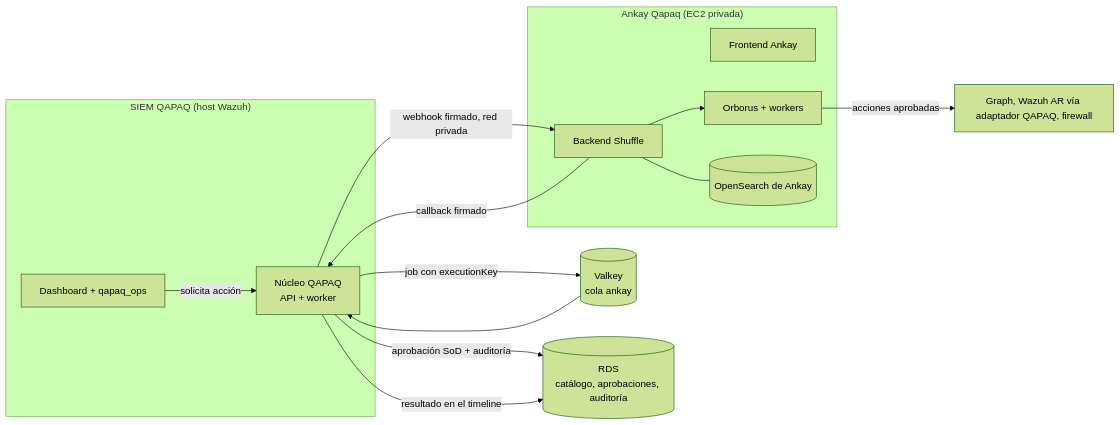
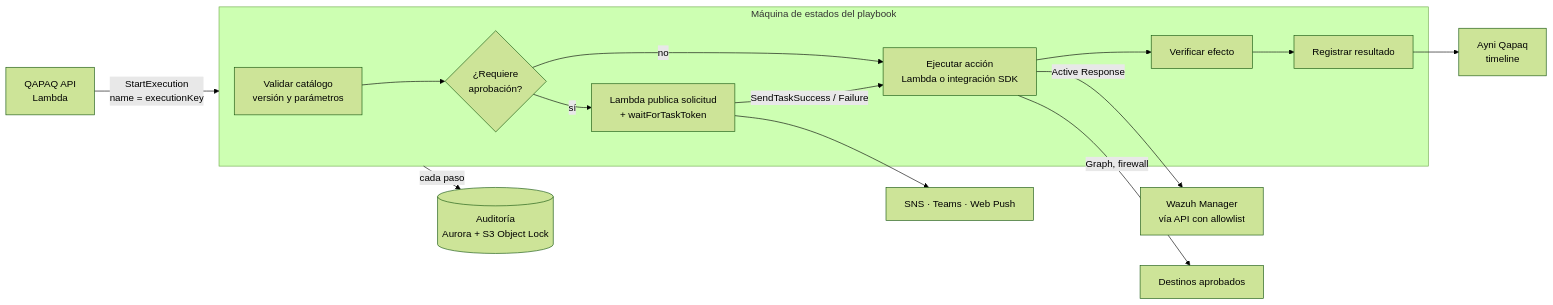
The diagram in docs/13-ankay-qapaq.md (CyberStill-GmbH/qapaq-secops), drawn with Mermaid (forest theme) before and after one commit. The commit also changed other lines of this file and 1162 other files, not shown here.

First line of the commit message:
feat: sync QAPAQ SecOps with everything built in b89-secops (2026-11-02 .. 2026-11-16)

````diff
--- a/docs/13-ankay-qapaq.md
+++ b/docs/13-ankay-qapaq.md
@@ -69,25 +31,17 @@
 ```mermaid
 flowchart LR
-  subgraph SIEM["SIEM QAPAQ (host Wazuh)"]
-    DSB[Dashboard + qapaq_ops]
-    CORE[Núcleo QAPAQ<br/>API + worker]
+  API[QAPAQ API<br/>Lambda] -->|StartExecution<br/>name = executionKey| SM
+  subgraph SM["Máquina de estados del playbook"]
+    V[Validar catálogo<br/>versión y parámetros] --> P{¿Requiere<br/>aprobación?}
+    P -->|sí| W[Lambda publica solicitud<br/>+ waitForTaskToken]
+    W -->|SendTaskSuccess / Failure| A
+    P -->|no| A[Ejecutar acción<br/>Lambda o integración SDK]
+    A --> C[Verificar efecto]
+    C --> R[Registrar resultado]
   end
-  VK[(Valkey<br/>cola ankay)]
-  PG[(RDS<br/>catálogo, aprobaciones, auditoría)]
-  subgraph ANKAY["Ankay Qapaq (EC2 privada)"]
-    FE[Frontend Ankay]
-    BE[Backend Shuffle]
-    OR[Orborus + workers]
-    DB[(OpenSearch de Ankay)]
-  end
-  DSB -->|solicita acción| CORE
-  CORE -->|aprobación SoD + auditoría| PG
-  CORE -->|job con executionKey| VK
-  VK --> CORE
-  CORE -->|webhook firmado, red privada| BE
-  BE --> OR
-  OR -->|acciones aprobadas| EXT[Graph, Wazuh AR vía adaptador QAPAQ, firewall]
-  BE -->|callback firmado| CORE
-  CORE -->|resultado en el timeline| PG
-  BE --- DB
+  SM -->|cada paso| AUD[(Auditoría<br/>Aurora + S3 Object Lock)]
+  W --> SNS[SNS · Teams · Web Push]
+  A -->|Active Response| MGR[Wazuh Manager<br/>vía API con allowlist]
+  A -->|Graph, firewall| EXT[Destinos aprobados]
+  R --> CASES[Ayni Qapaq<br/>timeline]
 ```
````
